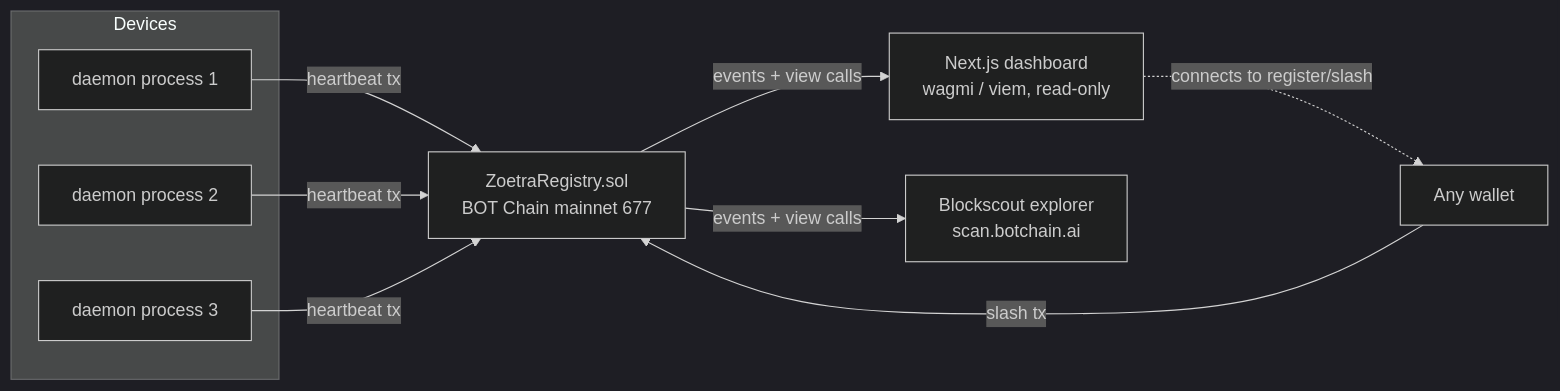
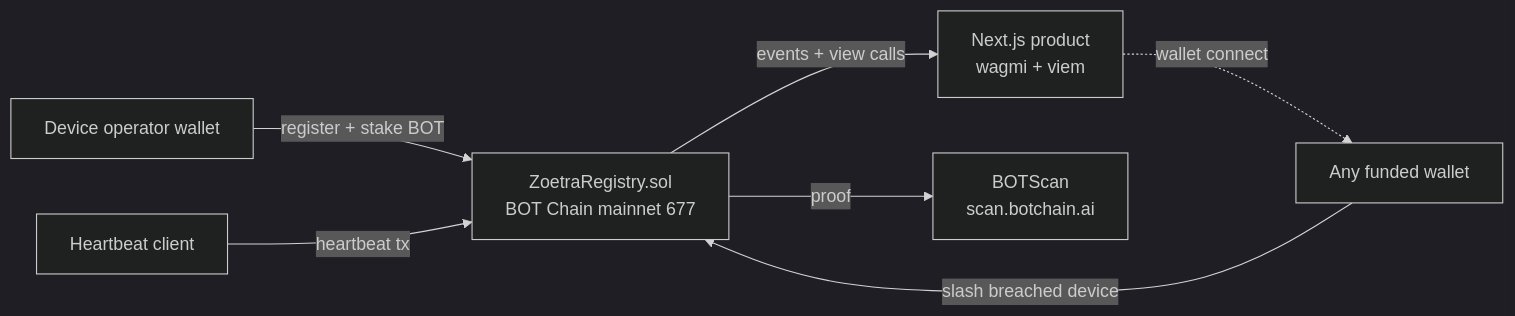
Before and after one commit to mystiquemide/zoetra: the diagram in README.md, drawn with Mermaid (dark theme). The commit also changed other lines of this file and 30 other files, not shown here.

Commit message:
Reposition Zoetra as BOT Chain mainnet product

````diff
--- a/README.md
+++ b/README.md
@@ -43,16 +114,9 @@
 ```mermaid
 flowchart LR
-    subgraph Devices
-        D1[daemon process 1]
-        D2[daemon process 2]
-        D3[daemon process 3]
-    end
-    D1 -- heartbeat tx --> C
-    D2 -- heartbeat tx --> C
-    D3 -- heartbeat tx --> C
-    C[ZoetraRegistry.sol<br/>BOT Chain mainnet 677]
-    C -- events + view calls --> W[Next.js dashboard<br/>wagmi / viem, read-only]
-    C -- events + view calls --> B[Blockscout explorer<br/>scan.botchain.ai]
-    U[Any wallet] -- slash tx --> C
-    W -. connects to register/slash .-> U
+    Operator[Device operator wallet] -->|register + stake BOT| C[ZoetraRegistry.sol<br/>BOT Chain mainnet 677]
+    Device[Heartbeat client] -->|heartbeat tx| C
+    C -->|events + view calls| W[Next.js product<br/>wagmi + viem]
+    C -->|proof| B[BOTScan<br/>scan.botchain.ai]
+    Any[Any funded wallet] -->|slash breached device| C
+    W -. wallet connect .-> Any
 ```
````
